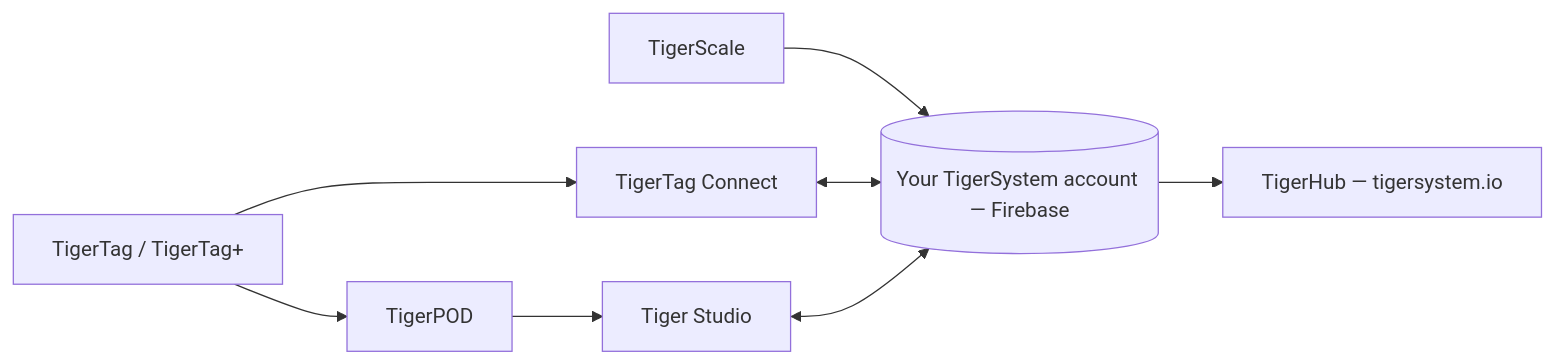
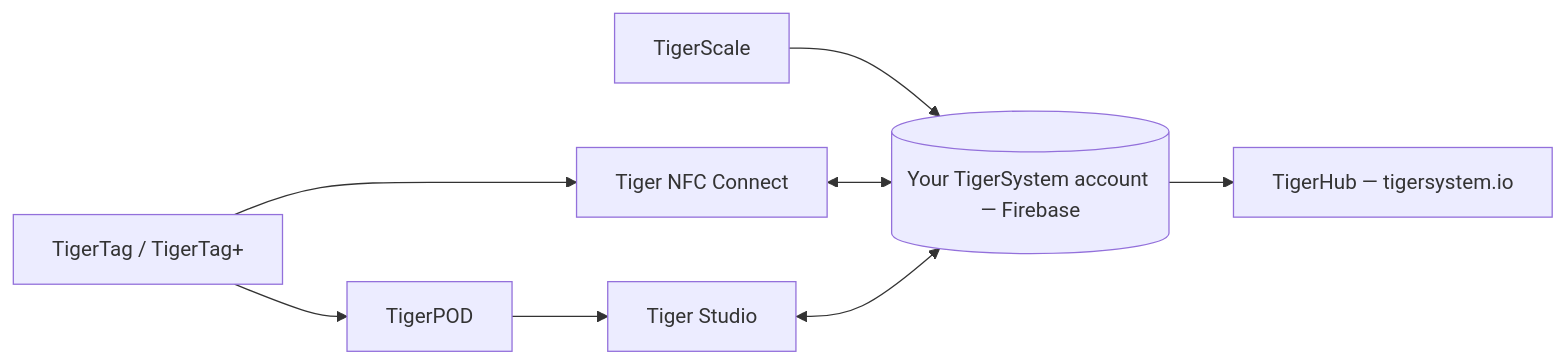
One commit to TigerTag-Project/TigerSystem-Docs changed the diagram in docs/products/README.md. Above: the diagram before and after it, drawn with Mermaid. The commit also changed other lines of this file and 18 other files, not shown here.

Commit message:
Adopt the final app name Tiger NFC Connect everywhere, and scope the sandbox claim to the user-facing software: the factory-side chip-programming toolchain is production-grade

````diff
--- a/docs/products/README.md
+++ b/docs/products/README.md
@@ -20,9 +22,9 @@
 ```mermaid
 flowchart LR
-    TT[TigerTag / TigerTag+] --> CO[TigerTag Connect]
+    TT[TigerTag / TigerTag+] --> CO[Tiger NFC Connect]
     TT --> POD[TigerPOD] --> ST[Tiger Studio]
     SC[TigerScale] --> FB[("Your TigerSystem account — Firebase")]
     CO <--> FB
     ST <--> FB
     FB --> HUB["TigerHub — tigersystem.io"]
 ```
````
